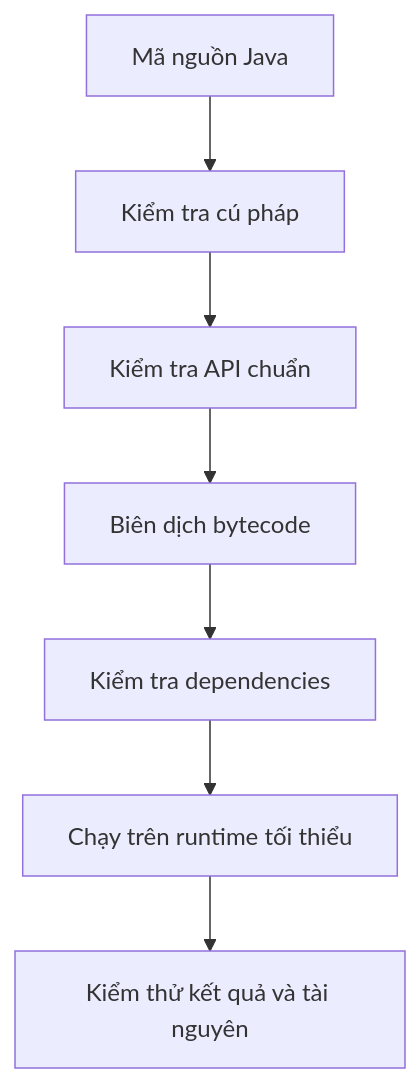
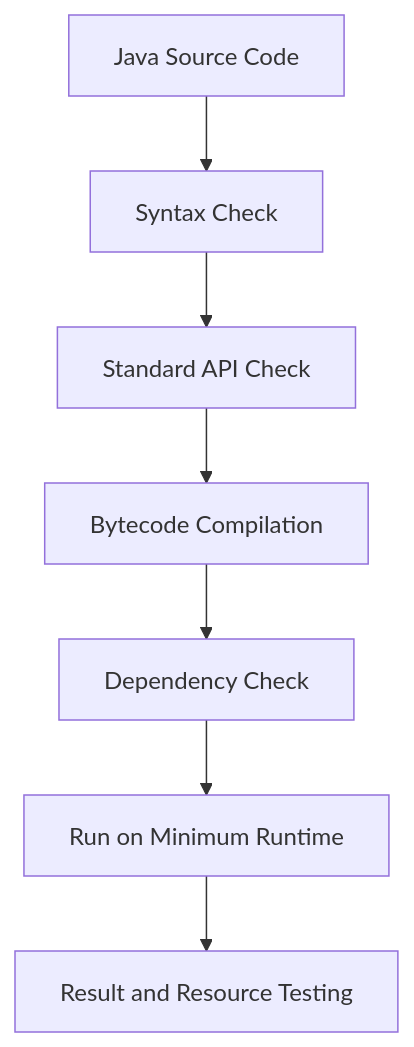
Before and after one commit to phuongnguyenit93/learning-platform-data: the diagram in module/platform/development/programming/language/java/core/stream-api/content/knowledge/en/27.jdk-compatibility/jdk-compatibility-007.md, drawn with Mermaid. The commit also changed other lines of this file and 2307 other files, not shown here.

```diff
--- a/module/platform/development/programming/language/java/core/stream-api/content/knowledge/en/27.jdk-compatibility/jdk-compatibility-007.md
+++ b/module/platform/development/programming/language/java/core/stream-api/content/knowledge/en/27.jdk-compatibility/jdk-compatibility-007.md
@@ -39,9 +39,9 @@
 ~~~mermaid
 flowchart TD
-    A["Mã nguồn Java"] --> B["Kiểm tra cú pháp"]
-    B --> C["Kiểm tra API chuẩn"]
-    C --> D["Biên dịch bytecode"]
-    D --> E["Kiểm tra dependencies"]
-    E --> F["Chạy trên runtime tối thiểu"]
-    F --> G["Kiểm thử kết quả và tài nguyên"]
+    A["Java Source Code"] --> B["Syntax Check"]
+    B --> C["Standard API Check"]
+    C --> D["Bytecode Compilation"]
+    D --> E["Dependency Check"]
+    E --> F["Run on Minimum Runtime"]
+    F --> G["Result and Resource Testing"]
 ~~~
```
